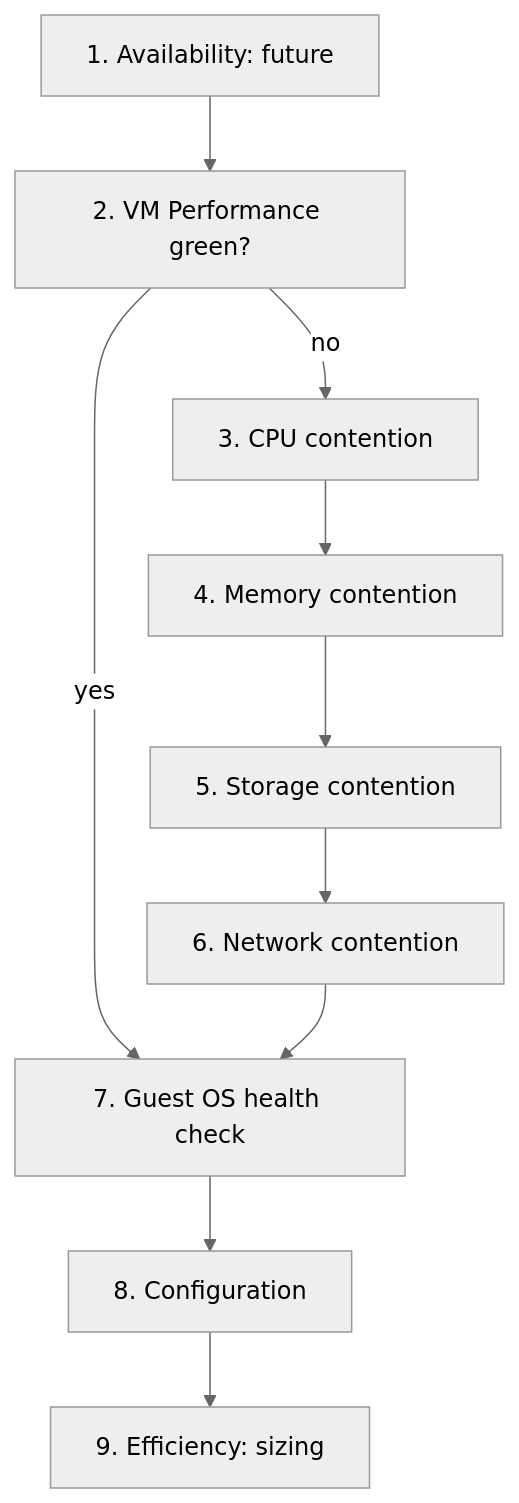
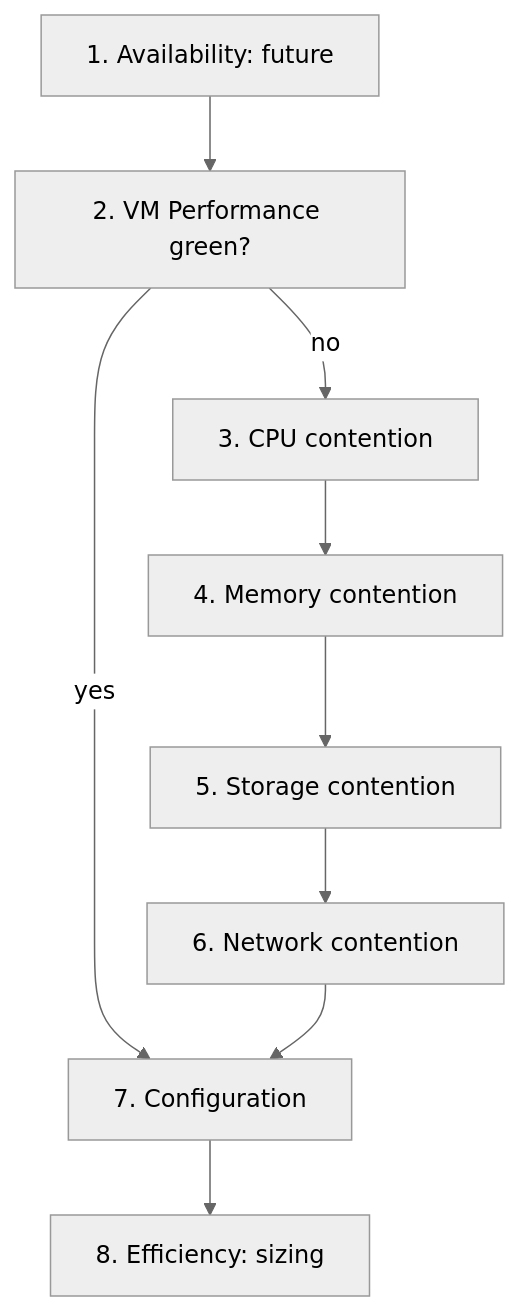
Before and after one commit to e1-rahabok/agent-e2: the diagram in knowledge/vsphere/object-types/vm/health-check/vm-health-check.md, drawn with Mermaid (neutral theme). The commit also changed other lines of this file and 37 other files, not shown here.

First line of the commit message:
Decision trees as a third flow kind; health check only on object types

````diff
--- a/knowledge/vsphere/object-types/vm/health-check/vm-health-check.md
+++ b/knowledge/vsphere/object-types/vm/health-check/vm-health-check.md
@@ -12,12 +12,11 @@
 ```mermaid
 flowchart TD
   S1[1. Availability: future] --> S2[2. VM Performance green?]
   S2 -->|no| S3[3. CPU contention]
   S3 --> S4[4. Memory contention]
   S4 --> S5[5. Storage contention]
   S5 --> S6[6. Network contention]
-  S2 -->|yes| S7[7. Guest OS health check]
+  S2 -->|yes| S7[7. Configuration]
   S6 --> S7
-  S7 --> S8[8. Configuration]
-  S8 --> S9[9. Efficiency: sizing]
+  S7 --> S8[8. Efficiency: sizing]
 ```
````
